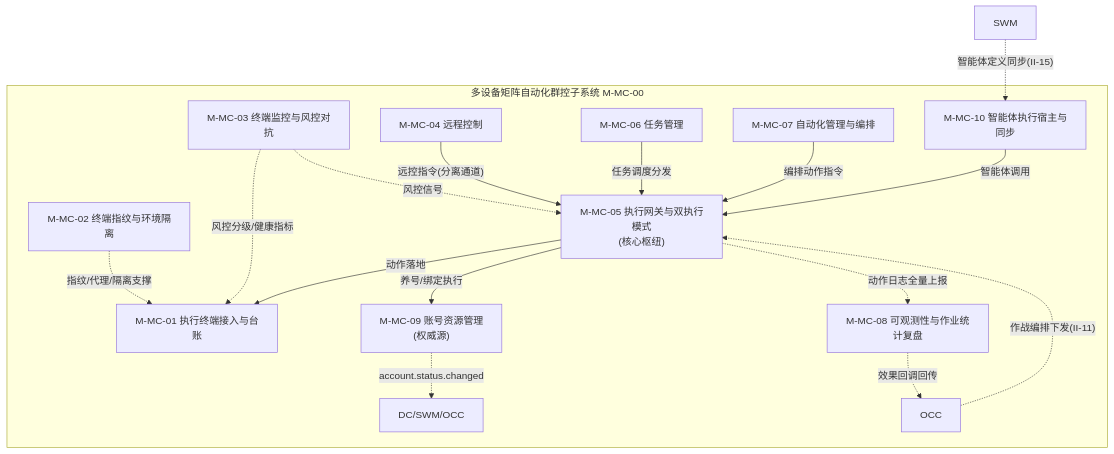
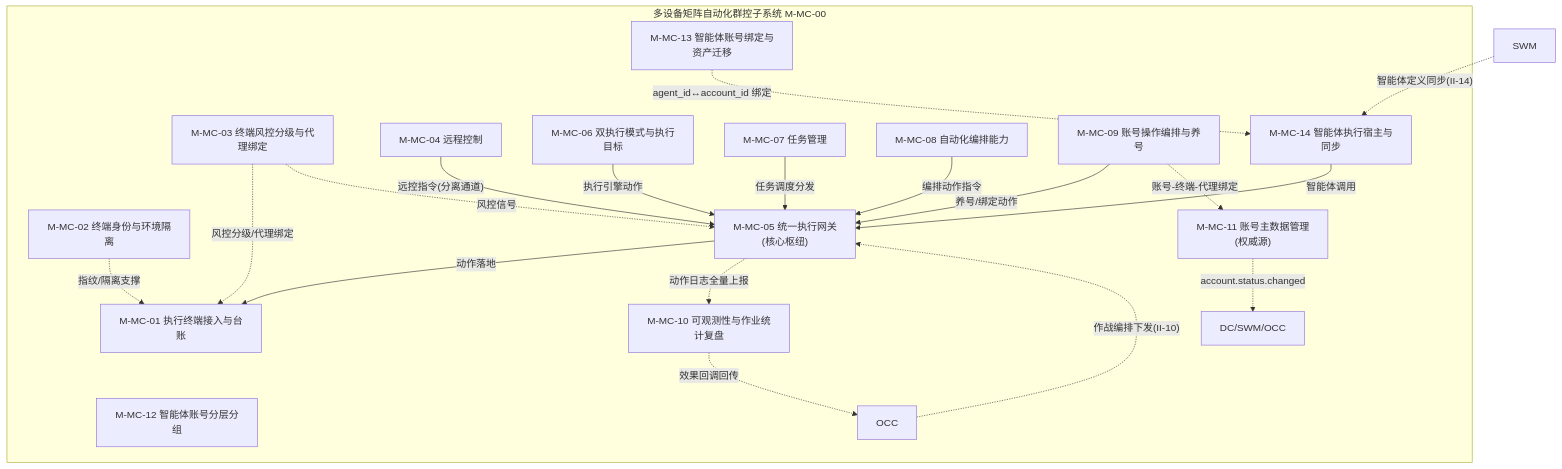
Before and after one commit to Sj-g/obsidian: the seventh of 49 diagrams in 公司项目/认知作战/文档/软件概要设计-架构图.md, drawn with Mermaid. The commit also changed other lines of this file, not shown here.

````diff
--- a/公司项目/认知作战/文档/软件概要设计-架构图.md
+++ b/公司项目/认知作战/文档/软件概要设计-架构图.md
@@ -163,32 +163,39 @@
 ```mermaid
 flowchart TB
     subgraph MC["多设备矩阵自动化群控子系统 M-MC-00"]
         MC1["M-MC-01 执行终端接入与台账"]
-        MC2["M-MC-02 终端指纹与环境隔离"]
-        MC3["M-MC-03 终端监控与风控对抗"]
+        MC2["M-MC-02 终端身份与环境隔离"]
+        MC3["M-MC-03 终端风控分级与代理绑定"]
         MC4["M-MC-04 远程控制"]
-        MC5["M-MC-05 执行网关与双执行模式<br/>(核心枢纽)"]
-        MC6["M-MC-06 任务管理"]
-        MC7["M-MC-07 自动化管理与编排"]
-        MC8["M-MC-08 可观测性与作业统计复盘"]
-        MC9["M-MC-09 账号资源管理<br/>(权威源)"]
-        MC10["M-MC-10 智能体执行宿主与同步"]
+        MC5["M-MC-05 统一执行网关<br/>(核心枢纽)"]
+        MC6["M-MC-06 双执行模式与执行目标"]
+        MC7["M-MC-07 任务管理"]
+        MC8["M-MC-08 自动化编排能力"]
+        MC9["M-MC-09 账号操作编排与养号"]
+        MC10["M-MC-10 可观测性与作业统计复盘"]
+        MC11["M-MC-11 账号主数据管理<br/>(权威源)"]
+        MC12["M-MC-12 智能体账号分层分组"]
+        MC13["M-MC-13 智能体账号绑定与资产迁移"]
+        MC14["M-MC-14 智能体执行宿主与同步"]
 
-        MC6 -->|"任务调度分发"| MC5
-        MC7 -->|"编排动作指令"| MC5
+        MC7 -->|"任务调度分发"| MC5
+        MC8 -->|"编排动作指令"| MC5
+        MC6 -->|"执行引擎动作"| MC5
+        MC9 -->|"养号/绑定动作"| MC5
         MC4 -->|"远控指令(分离通道)"| MC5
         MC5 -->|"动作落地"| MC1
-        MC5 -->|"养号/绑定执行"| MC9
-        MC10 -->|"智能体调用"| MC5
+        MC14 -->|"智能体调用"| MC5
 
-        MC2 -.->|"指纹/代理/隔离支撑"| MC1
-        MC3 -.->|"风控分级/健康指标"| MC1
+        MC2 -.->|"指纹/隔离支撑"| MC1
+        MC3 -.->|"风控分级/代理绑定"| MC1
         MC3 -.->|"风控信号"| MC5
-        MC5 -.->|"动作日志全量上报"| MC8
-        MC8 -.->|"效果回调回传"| OCC["OCC 效果评估"]
-        MC9 -.->|"account.status.changed"| EXT["DC/SWM/OCC"]
+        MC5 -.->|"动作日志全量上报"| MC10
+        MC10 -.->|"效果回调回传"| OCC["OCC 效果评估"]
+        MC11 -.->|"account.status.changed"| EXT["DC/SWM/OCC"]
+        MC13 -.->|"agent_id↔account_id 绑定"| MC14
+        MC9 -.->|"账号-终端-代理绑定"| MC11
     end
 
-    SWM["SWM"] -.->|"智能体定义同步(II-15)"| MC10
-    OCC["OCC"] -.->|"作战编排下发(II-11)"| MC5
+    SWM["SWM"] -.->|"智能体定义同步(II-14)"| MC14
+    OCC["OCC"] -.->|"作战编排下发(II-10)"| MC5
 ```
````
